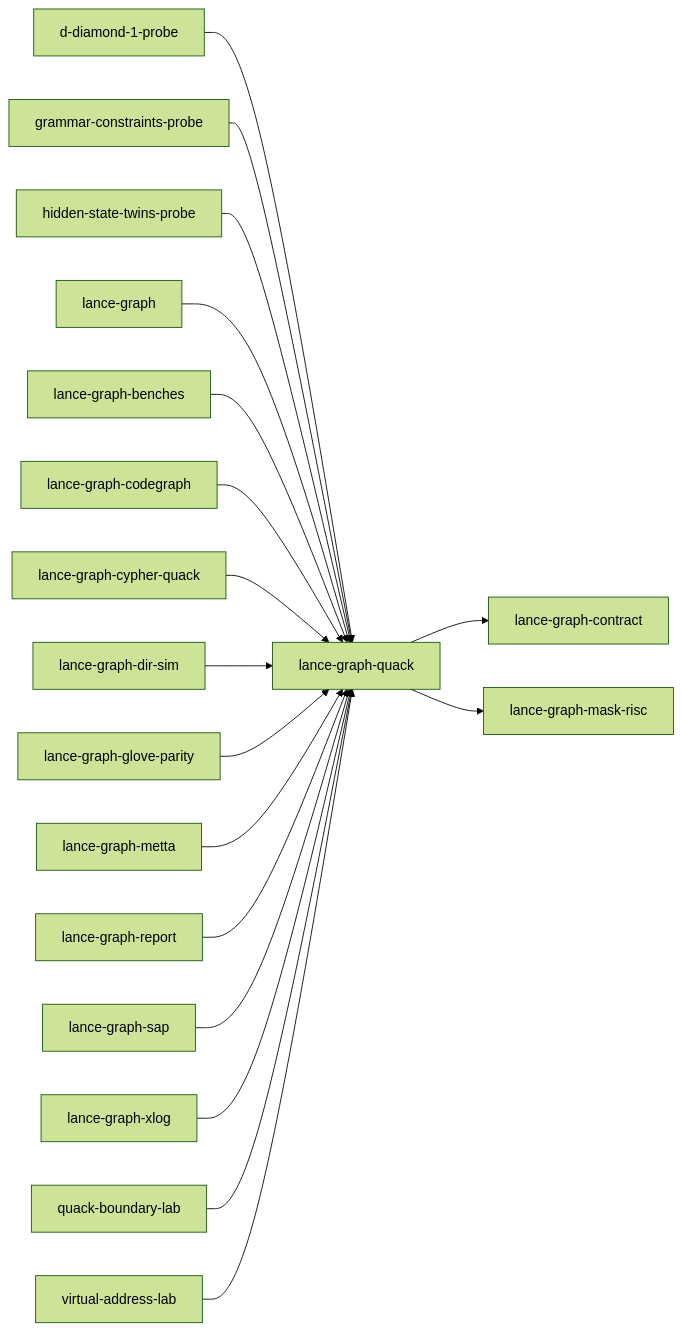
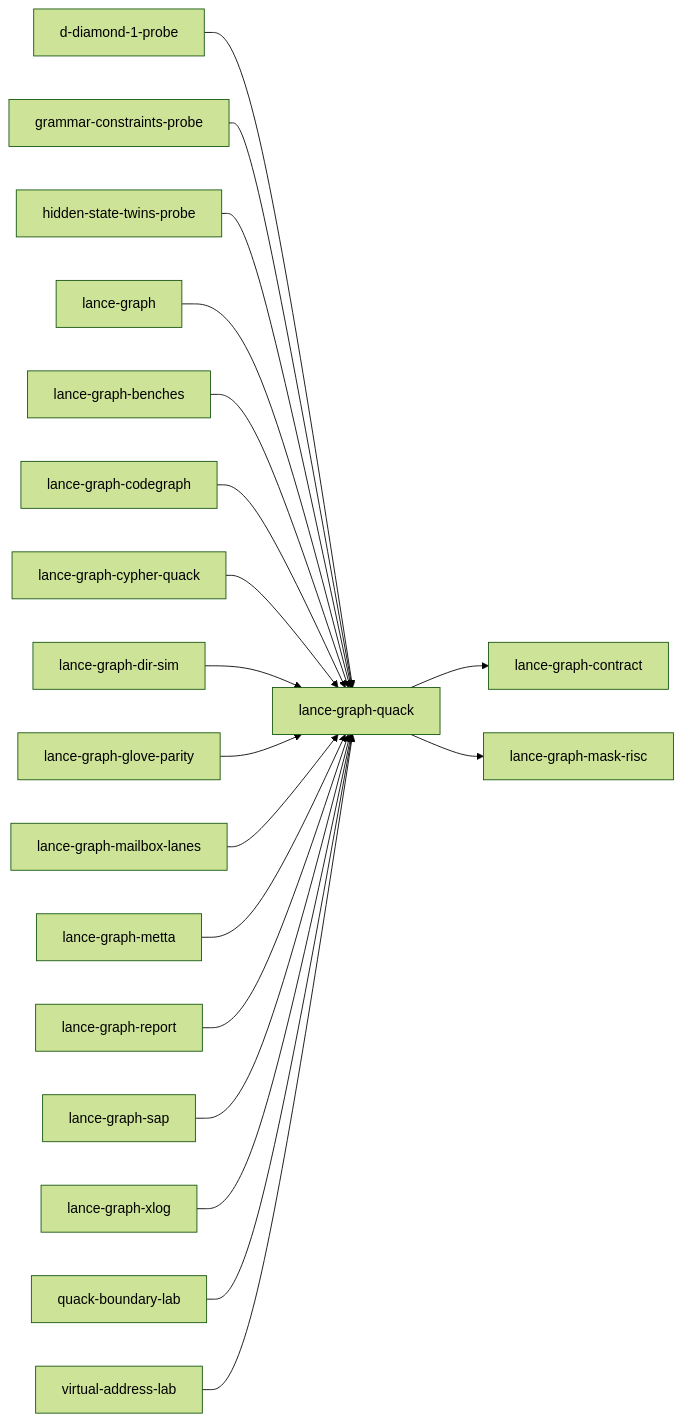
One commit to AdaWorldAPI/lance-graph changed the diagram in .codegraph/crates/lance-graph-quack.index.md. Above: the diagram before and after it, drawn with Mermaid (forest theme). The commit also changed other lines of this file and 26 other files, not shown here.

````diff
--- a/.codegraph/crates/lance-graph-quack.index.md
+++ b/.codegraph/crates/lance-graph-quack.index.md
@@ -224,38 +241,40 @@
 ```mermaid
 flowchart LR
   n10["d-diamond-1-probe"]
   n25["grammar-constraints-probe"]
   n27["hidden-state-twins-probe"]
   n34["lance-graph"]
   n38["lance-graph-benches"]
   n42["lance-graph-codegraph"]
   n45["lance-graph-contract"]
   n46["lance-graph-cypher-quack"]
   n47["lance-graph-dir-sim"]
   n50["lance-graph-glove-parity"]
+  n53["lance-graph-mailbox-lanes"]
   n54["lance-graph-mask-risc"]
   n55["lance-graph-metta"]
   n64["lance-graph-quack"]
   n68["lance-graph-report"]
   n70["lance-graph-sap"]
   n73["lance-graph-xlog"]
   n82["quack-boundary-lab"]
   n98["virtual-address-lab"]
   n10 --> n64
   n25 --> n64
   n27 --> n64
   n34 --> n64
   n38 --> n64
   n42 --> n64
   n46 --> n64
   n47 --> n64
   n50 --> n64
+  n53 --> n64
   n55 --> n64
   n64 --> n45
   n64 --> n54
   n68 --> n64
   n70 --> n64
   n73 --> n64
   n82 --> n64
   n98 --> n64
 ```
````
